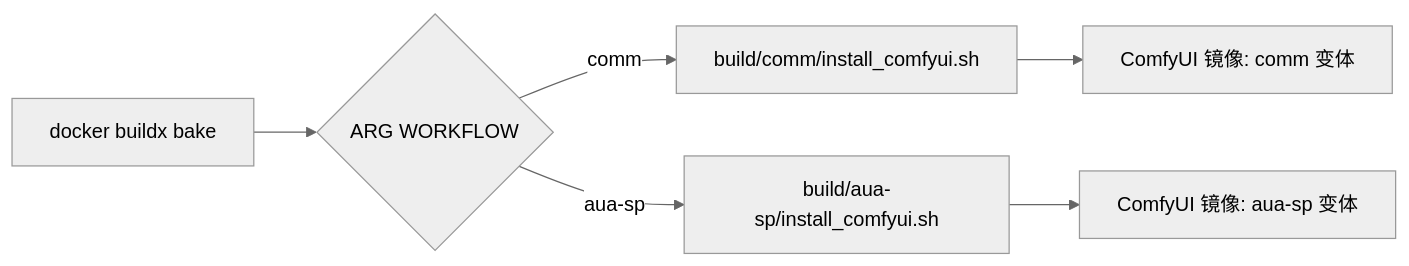
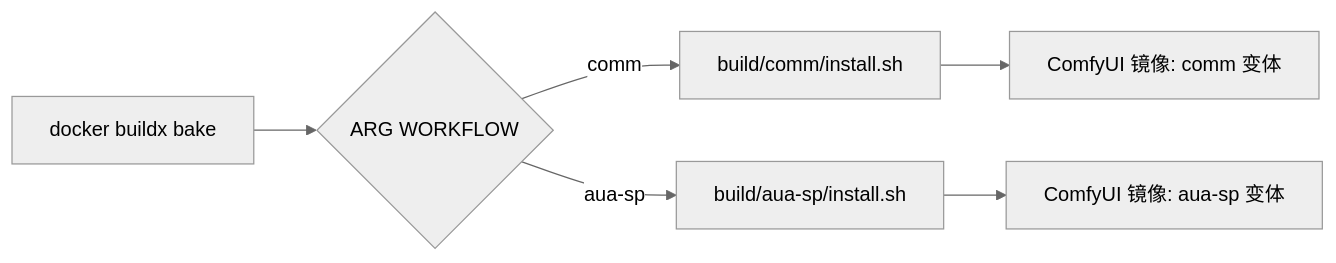
Before and after one commit to Be-As-One/comfyui-docker: the fourth of 4 diagrams in README_zh.md, drawn with Mermaid (neutral theme). The commit also changed other lines of this file and 14 other files, not shown here.

````diff
--- a/README_zh.md
+++ b/README_zh.md
@@ -1020,8 +1020,8 @@
 ```mermaid
 graph LR
     A[docker buildx bake] --> B{ARG WORKFLOW}
-    B -->|comm| C[build/comm/install_comfyui.sh]
-    B -->|aua-sp| D[build/aua-sp/install_comfyui.sh]
+    B -->|comm| C[build/comm/install.sh]
+    B -->|aua-sp| D[build/aua-sp/install.sh]
     C --> E[ComfyUI 镜像: comm 变体]
     D --> F[ComfyUI 镜像: aua-sp 变体]
 ```
````
